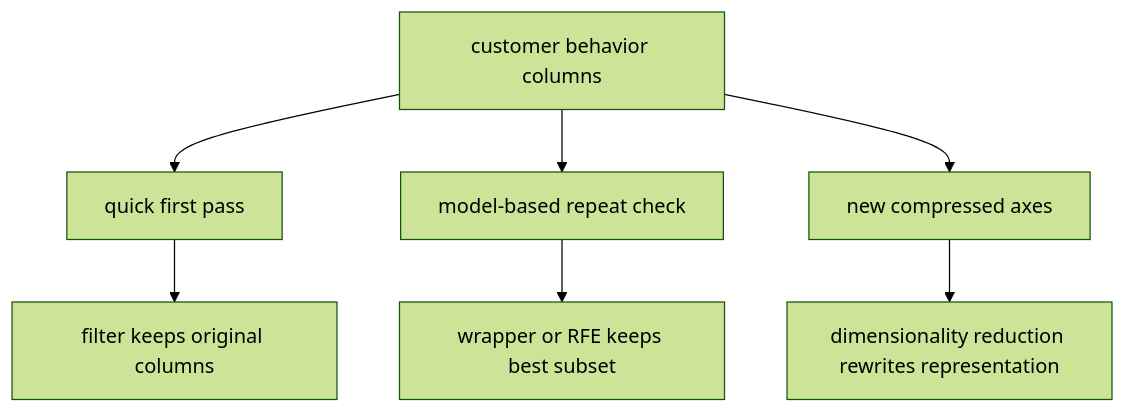
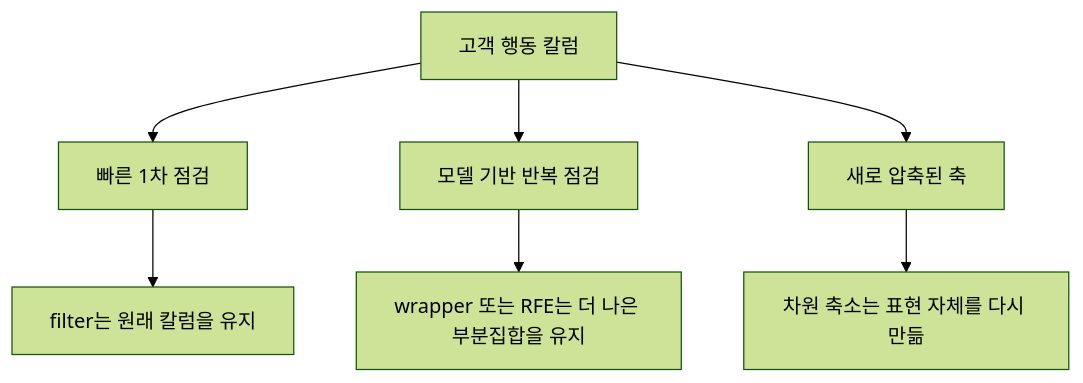
Before and after one commit to devchan64/AiBook: the diagram in docs/parts/part-04/chapter-07/section-04.md, drawn with Mermaid (forest theme). The commit also changed other lines of this file and 138 other files, not shown here.

````diff
--- a/docs/parts/part-04/chapter-07/section-04.md
+++ b/docs/parts/part-04/chapter-07/section-04.md
@@ -117,14 +117,14 @@
 ```mermaid
 flowchart TD
-  A["customer behavior columns"]
-  B["quick first pass"]
-  C["model-based repeat check"]
-  D["new compressed axes"]
-  E["filter keeps original columns"]
-  F["wrapper or RFE keeps best subset"]
-  G["dimensionality reduction rewrites representation"]
+  A["고객 행동 칼럼"]
+  B["빠른 1차 점검"]
+  C["모델 기반 반복 점검"]
+  D["새로 압축된 축"]
+  E["filter는 원래 칼럼을 유지"]
+  F["wrapper 또는 RFE는 더 나은 부분집합을 유지"]
+  G["차원 축소는 표현 자체를 다시 만듦"]
 
   A --> B --> E
   A --> C --> F
   A --> D --> G
 ```
````
